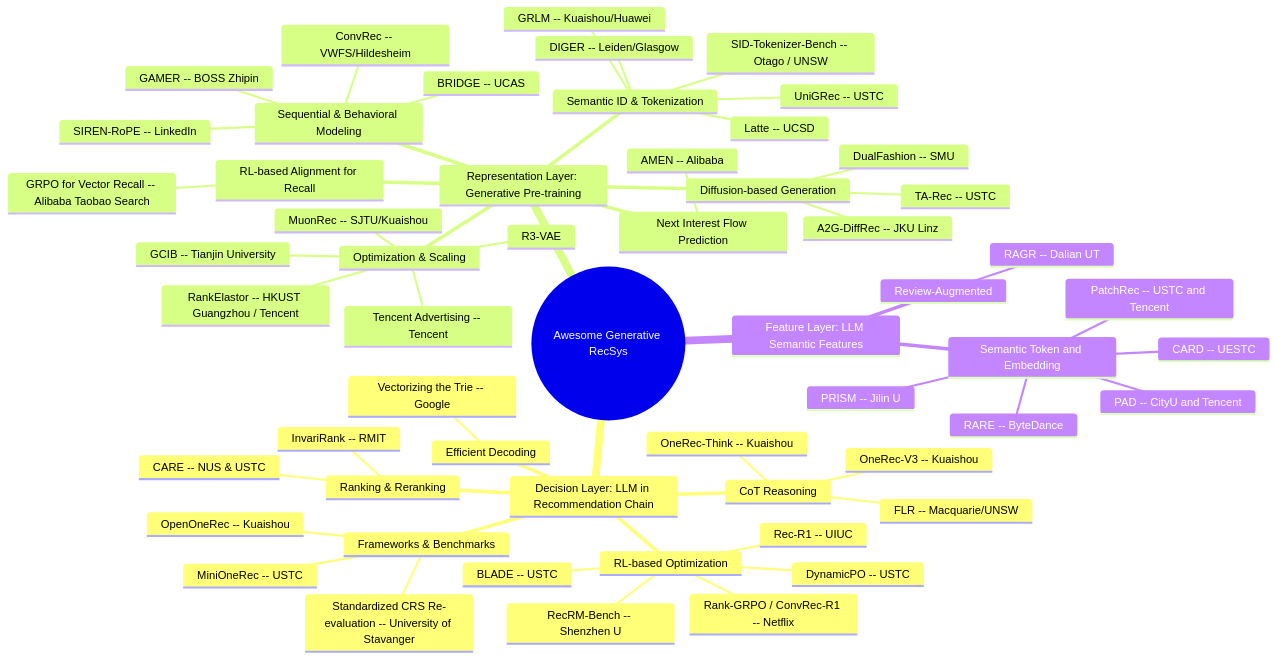
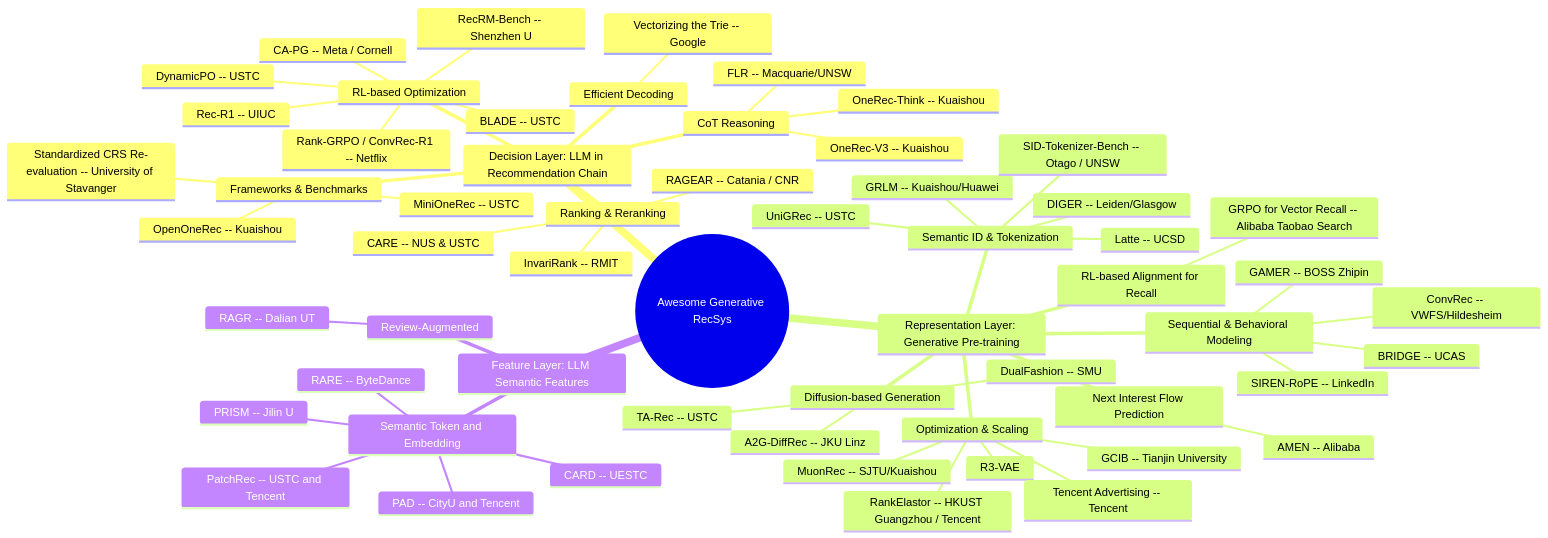
One commit to HaFred/awesome-generative-recsys changed the diagram in README.md. Above: the diagram before and after it, drawn with Mermaid. The commit also changed other lines of this file, not shown here.

Commit message:
feat: 5 papers May 27 (L2Rec SIGIR2026 Netease, MuChator ByteDance, RAGEAR Catania/CNR, CausalRec Spotify/Warwick, CA-PG ICML2026 Meta/Cornell)

````diff
--- a/README.md
+++ b/README.md
@@ -6,59 +6,61 @@
 ```mermaid
 mindmap
   root((Awesome Generative RecSys))
     Decision Layer: LLM in Recommendation Chain
       CoT Reasoning
         OneRec-Think -- Kuaishou
         OneRec-V3 -- Kuaishou
         FLR -- Macquarie/UNSW
       RL-based Optimization
         Rank-GRPO / ConvRec-R1 -- Netflix
         Rec-R1 -- UIUC
         DynamicPO -- USTC
         RecRM-Bench -- Shenzhen U
         BLADE -- USTC
+        CA-PG -- Meta / Cornell
       Ranking & Reranking
         CARE -- NUS & USTC
         InvariRank -- RMIT
+        RAGEAR -- Catania / CNR
       Frameworks & Benchmarks
         Standardized CRS Re-evaluation -- University of Stavanger
         OpenOneRec -- Kuaishou
         MiniOneRec -- USTC
       Efficient Decoding
         Vectorizing the Trie -- Google
     Representation Layer: Generative Pre-training
       Semantic ID & Tokenization
         Latte -- UCSD
         DIGER -- Leiden/Glasgow
         UniGRec -- USTC
         GRLM -- Kuaishou/Huawei
         SID-Tokenizer-Bench -- Otago / UNSW
       Next Interest Flow Prediction
         AMEN -- Alibaba
       RL-based Alignment for Recall
         GRPO for Vector Recall -- Alibaba Taobao Search
       Diffusion-based Generation
         A2G-DiffRec -- JKU Linz
         TA-Rec -- USTC
         DualFashion -- SMU
       Sequential & Behavioral Modeling
         GAMER -- BOSS Zhipin
         SIREN-RoPE -- LinkedIn
         ConvRec -- VWFS/Hildesheim
         BRIDGE -- UCAS
       Optimization & Scaling
         MuonRec -- SJTU/Kuaishou
         R3-VAE
         Tencent Advertising -- Tencent
         RankElastor -- HKUST Guangzhou / Tencent
         GCIB -- Tianjin University
     Feature Layer: LLM Semantic Features
       Semantic Token and Embedding
         PatchRec -- USTC and Tencent
         PAD -- CityU and Tencent
         RARE -- ByteDance
         CARD -- UESTC
         PRISM -- Jilin U
       Review-Augmented
         RAGR -- Dalian UT
 ```
````
